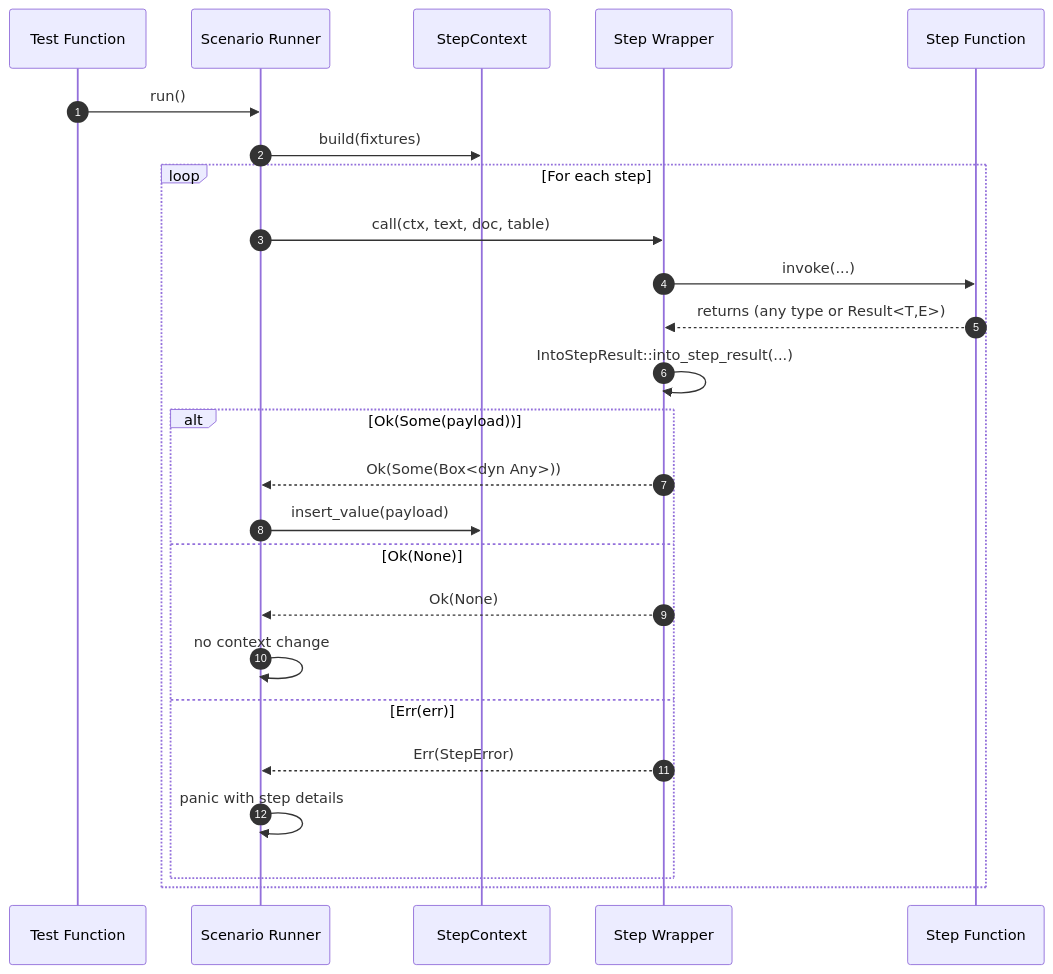
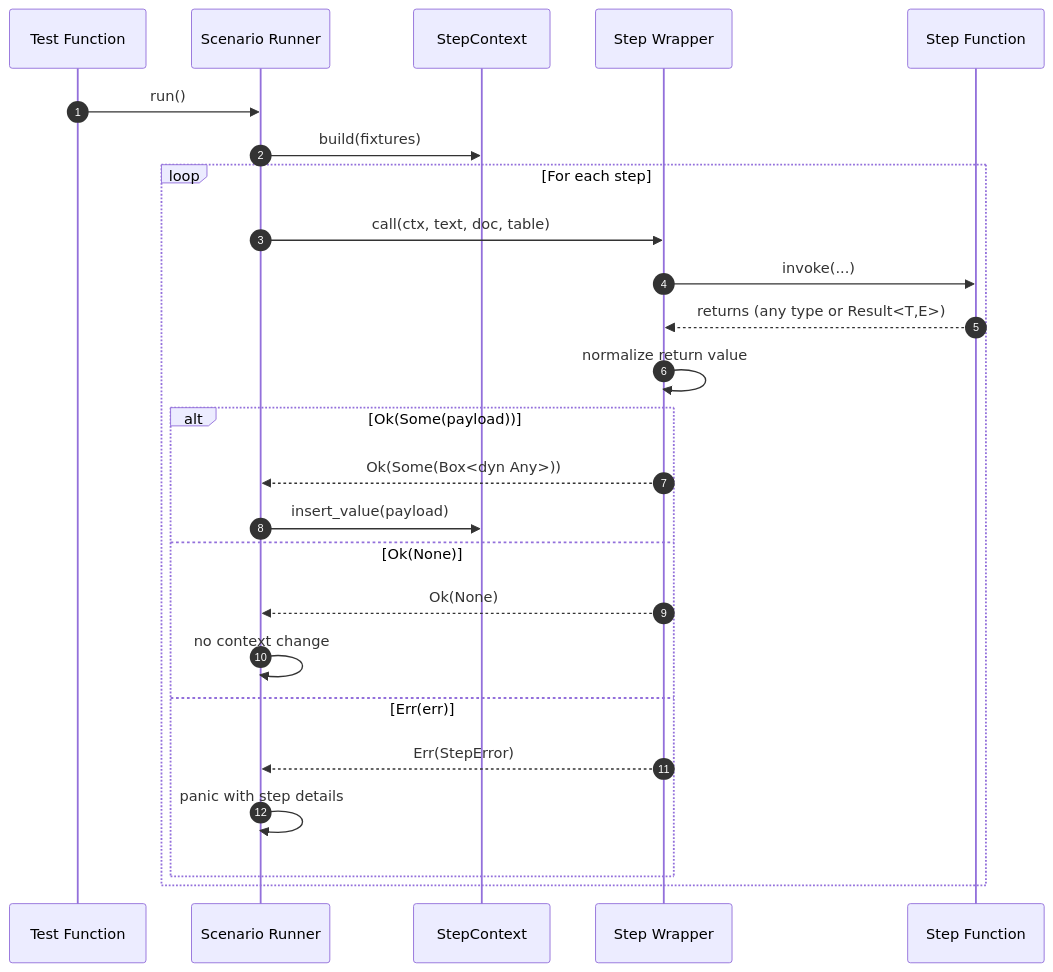
Before and after one commit to leynos/rstest-bdd: diagram 15 of 17 in docs/rstest-bdd-design.md, drawn with Mermaid. The commit also changed other lines of this file and 48 other files, not shown here.

````diff
--- a/docs/rstest-bdd-design.md
+++ b/docs/rstest-bdd-design.md
@@ -1663,28 +1664,28 @@
 ```mermaid
 sequenceDiagram
   autonumber
   participant Test as Test Function
   participant Scenario as Scenario Runner
   participant Ctx as StepContext
   participant Wrap as Step Wrapper
   participant Step as Step Function
 
   Test->>Scenario: run()
   Scenario->>Ctx: build(fixtures)
   loop For each step
     Scenario->>Wrap: call(ctx, text, doc, table)
     Wrap->>Step: invoke(...)
     Step-->>Wrap: returns (any type or Result<T,E>)
-    Wrap->>Wrap: IntoStepResult::into_step_result(...)
+    Wrap->>Wrap: normalize return value
     alt Ok(Some(payload))
       Wrap-->>Scenario: Ok(Some(Box<dyn Any>))
       Scenario->>Ctx: insert_value(payload)
     else Ok(None)
       Wrap-->>Scenario: Ok(None)
       Scenario->>Scenario: no context change
     else Err(err)
       Wrap-->>Scenario: Err(StepError)
       Scenario->>Scenario: panic with step details
     end
   end
 ```
````
